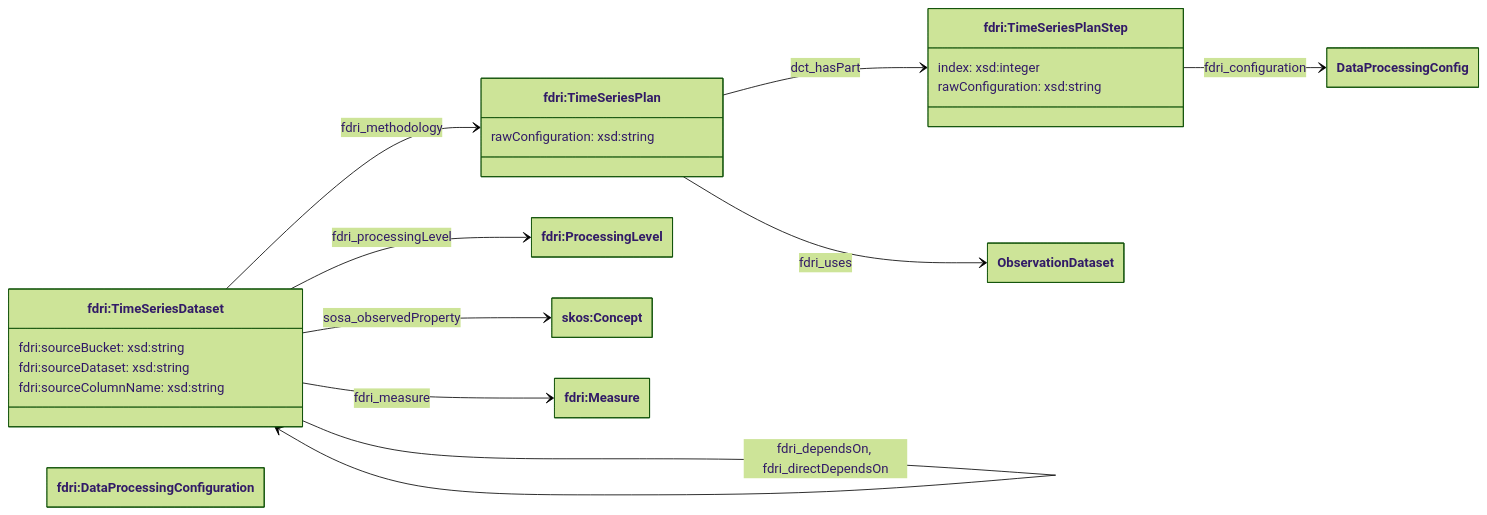
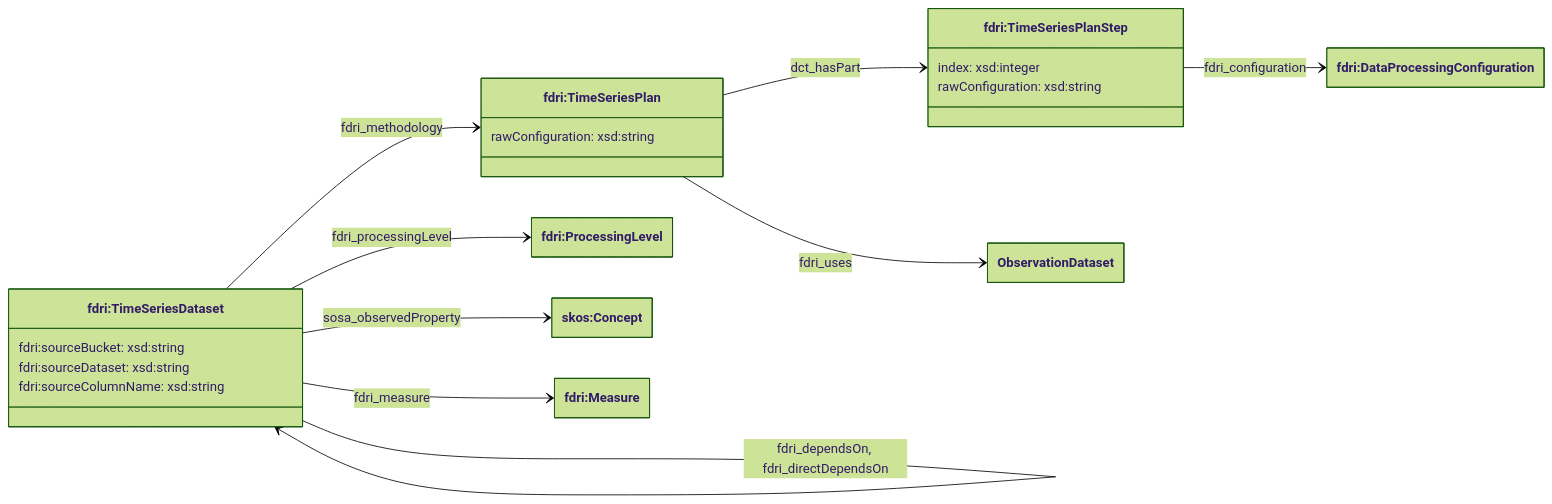
Before and after one commit to NERC-CEH/fdri-ontology: the second of 3 diagrams in doc/time-series-dataset.md, drawn with Mermaid (forest theme). The commit also changed other lines of this file and 3 other files, not shown here.

````diff
--- a/doc/time-series-dataset.md
+++ b/doc/time-series-dataset.md
@@ -40,34 +40,34 @@
 ```mermaid
 ---
   config:
     class:
       hideEmptyMembersBox: true
 ---
 classDiagram
 direction LR
 class TimeSeriesDataset["fdri:TimeSeriesDataset"] {
   fdri:sourceBucket: xsd:string
   fdri:sourceDataset: xsd:string
   fdri:sourceColumnName: xsd:string
 }
 class Plan["fdri:TimeSeriesPlan"] {
     rawConfiguration: xsd:string
 }
 class Step["fdri:TimeSeriesPlanStep"] {
     index: xsd:integer
     rawConfiguration: xsd:string
 }
-class DataProcessingConfiguration["fdri:DataProcessingConfiguration"]
+class DataProcessingConfig["fdri:DataProcessingConfiguration"]
 class ProcessingLevel["fdri:ProcessingLevel"]
 class Variable["skos:Concept"]
 class Measure["fdri:Measure"]
 
 TimeSeriesDataset --> ProcessingLevel: fdri_processingLevel
 TimeSeriesDataset --> Variable: sosa_observedProperty
 TimeSeriesDataset --> Measure: fdri_measure
 TimeSeriesDataset --> Plan: fdri_methodology
 Plan --> ObservationDataset: fdri_uses
 Plan --> Step: dct_hasPart
 Step --> DataProcessingConfig: fdri_configuration
 TimeSeriesDataset --> TimeSeriesDataset: fdri_dependsOn, fdri_directDependsOn
 ```
````
